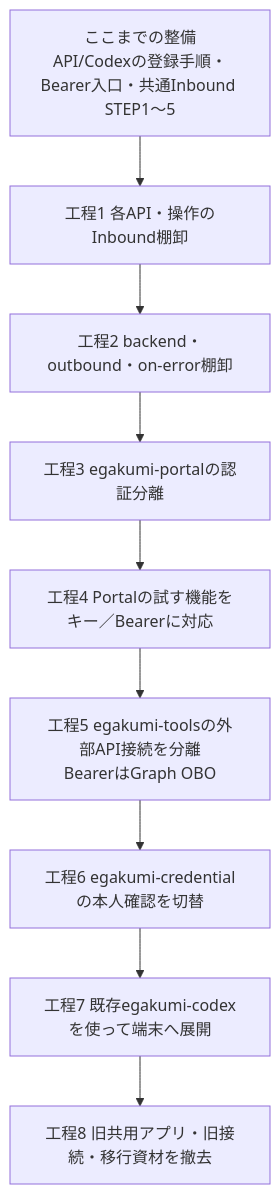
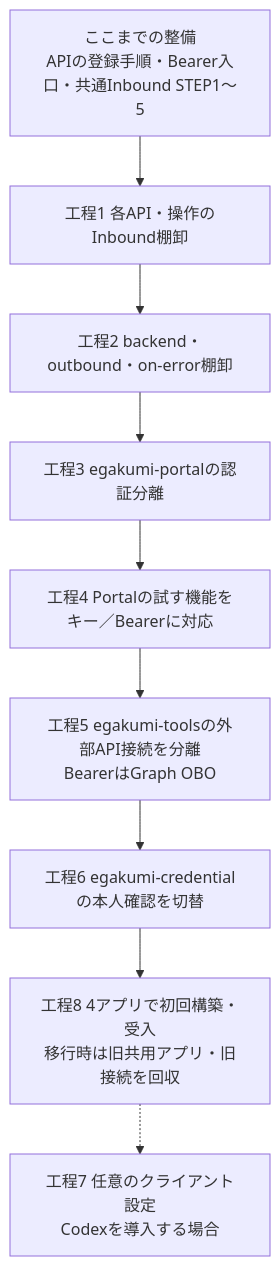
The first of 2 diagrams in docs/reference/entra-app-rollout-plan.md (hrkd83/egakumi), drawn with Mermaid before and after one commit. The commit also changed other lines of this file and 401 other files, not shown here.

````diff
--- a/docs/reference/entra-app-rollout-plan.md
+++ b/docs/reference/entra-app-rollout-plan.md
@@ -44,12 +46,12 @@
 ```mermaid
 flowchart TD
-  A["ここまでの整備<br/>API/Codexの登録手順・Bearer入口・共通Inbound STEP1～5"]
+  A["ここまでの整備<br/>APIの登録手順・Bearer入口・共通Inbound STEP1～5"]
   A --> B["工程1 各API・操作のInbound棚卸"]
   B --> C["工程2 backend・outbound・on-error棚卸"]
   C --> D["工程3 egakumi-portalの認証分離"]
   D --> E["工程4 Portalの試す機能をキー／Bearerに対応"]
   E --> F["工程5 egakumi-toolsの外部API接続を分離<br/>BearerはGraph OBO"]
   F --> G["工程6 egakumi-credentialの本人確認を切替"]
-  G --> H["工程7 既存egakumi-codexを使って端末へ展開"]
-  H --> I["工程8 旧共用アプリ・旧接続・移行資材を撤去"]
+  G --> I["工程8 4アプリで初回構築・受入<br/>移行時は旧共用アプリ・旧接続を回収"]
+  I -.-> H["工程7 任意のクライアント設定<br/>Codexを導入する場合"]
 ```
````
